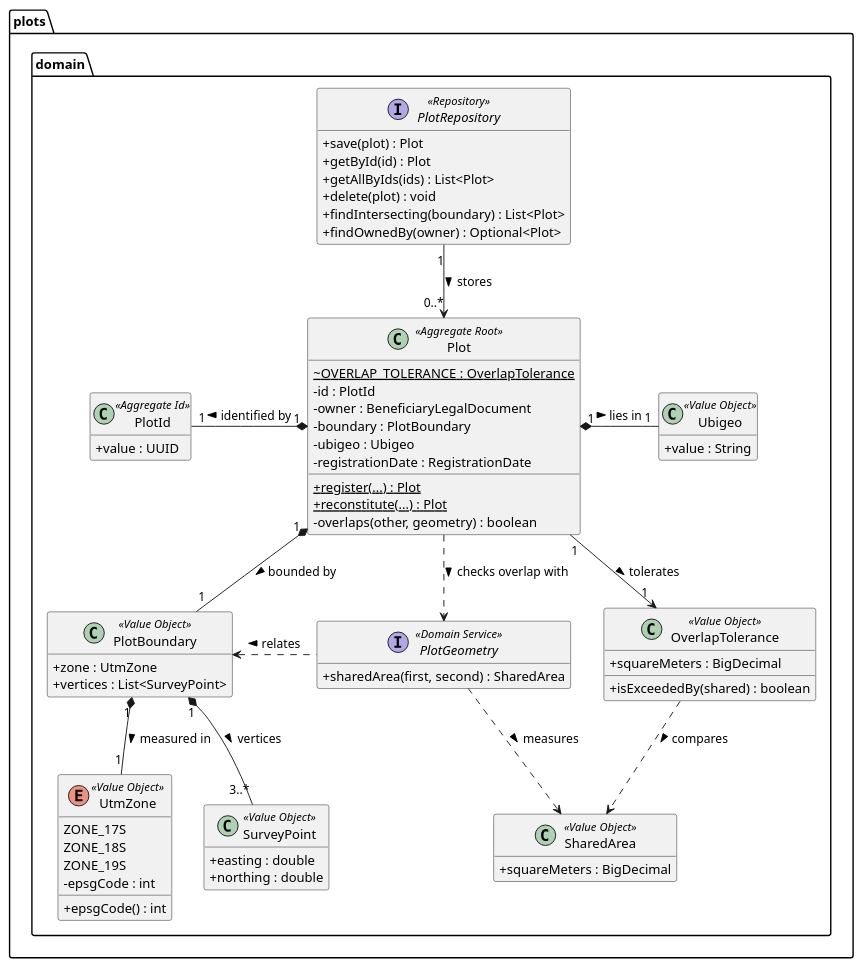
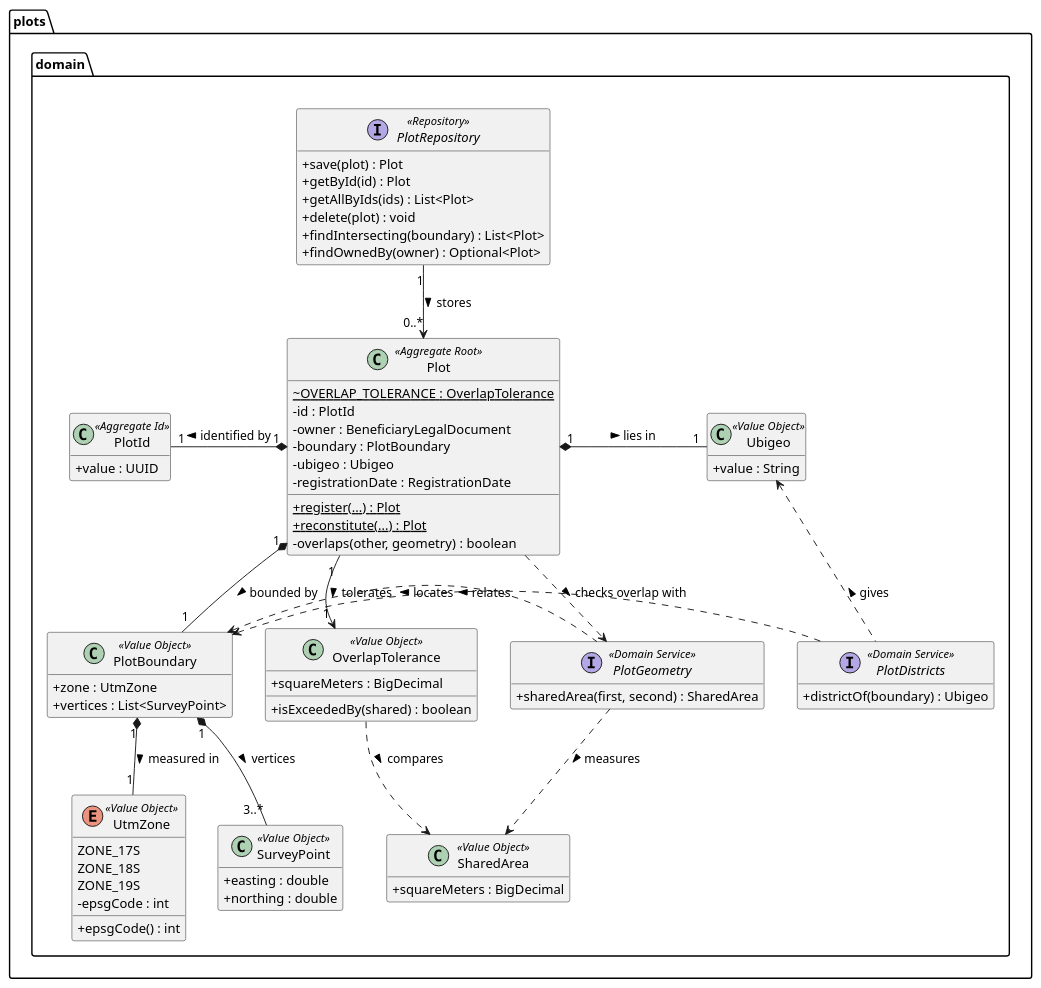
Before and after one commit to Soulware-Emergentes/report: the diagram in diagrams/plots/domain-class.puml, drawn with PlantUML. The commit also changed 35 other files, not shown here.

Commit message:
docs: update diagrams and technical documentation to the current code

```diff
--- a/diagrams/plots/domain-class.puml
+++ b/diagrams/plots/domain-class.puml
@@ -1,79 +1,85 @@
 @startuml plots-domain
 skinparam classAttributeIconSize 0
 hide empty members
 
 package "plots.domain" {
     class Plot <<Aggregate Root>> {
         ~ {static} OVERLAP_TOLERANCE : OverlapTolerance
         - id : PlotId
         - owner : BeneficiaryLegalDocument
         - boundary : PlotBoundary
         - ubigeo : Ubigeo
         - registrationDate : RegistrationDate
         + {static} register(...) : Plot
         + {static} reconstitute(...) : Plot
         - overlaps(other, geometry) : boolean
     }
 
     class PlotId <<Aggregate Id>> {
         + value : UUID
     }
 
     class PlotBoundary <<Value Object>> {
         + zone : UtmZone
         + vertices : List<SurveyPoint>
     }
 
     class SurveyPoint <<Value Object>> {
         + easting : double
         + northing : double
     }
 
     enum UtmZone <<Value Object>> {
         ZONE_17S
         ZONE_18S
         ZONE_19S
         - epsgCode : int
         + epsgCode() : int
     }
 
     class Ubigeo <<Value Object>> {
         + value : String
     }
 
 
     class SharedArea <<Value Object>> {
         + squareMeters : BigDecimal
     }
 
     class OverlapTolerance <<Value Object>> {
         + squareMeters : BigDecimal
         + isExceededBy(shared) : boolean
     }
 
     interface PlotRepository <<Repository>> {
         + save(plot) : Plot
         + getById(id) : Plot
         + getAllByIds(ids) : List<Plot>
         + delete(plot) : void
         + findIntersecting(boundary) : List<Plot>
         + findOwnedBy(owner) : Optional<Plot>
     }
 
     interface PlotGeometry <<Domain Service>> {
         + sharedArea(first, second) : SharedArea
     }
+
+    interface PlotDistricts <<Domain Service>> {
+        + districtOf(boundary) : Ubigeo
+    }
 }
 
 Plot "1" *-left- "1" PlotId : identified by >
 Plot "1" *-- "1" PlotBoundary : bounded by >
 Plot "1" *-right- "1" Ubigeo : lies in >
 Plot "1" --> "1" OverlapTolerance : tolerates >
 PlotBoundary "1" *-- "3..*" SurveyPoint : vertices >
 PlotBoundary "1" *-- "1" UtmZone : measured in >
 OverlapTolerance .down.> SharedArea : compares >
 PlotGeometry .right.> SharedArea : measures >
 PlotGeometry .left.> PlotBoundary : relates >
 PlotRepository "1" --> "0..*" Plot : stores >
 Plot ..> PlotGeometry : checks overlap with >
+PlotDistricts .up.> Ubigeo : gives >
+PlotDistricts .left.> PlotBoundary : locates >
 @enduml
```
